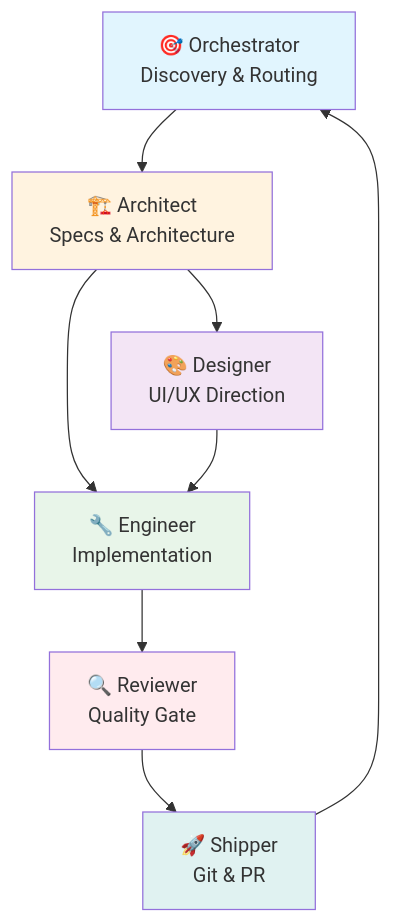
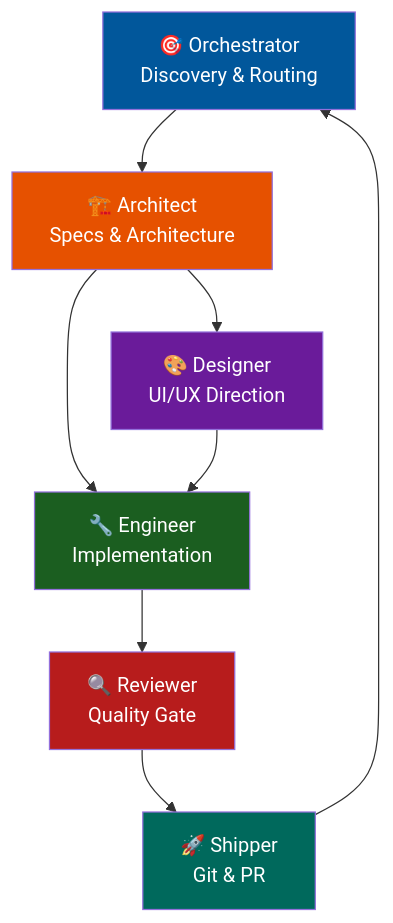
One commit to leorsousa05/CrewLoop changed the diagram in README.md. Above: the diagram before and after it, drawn with Mermaid. The commit also changed 1 other file, not shown here.

Commit message:
docs: fix Mermaid diagram contrast with dark fill colors
Replace light pastel backgrounds with dark, saturated colors
and white text for better contrast and readability on GitHub's
light and dark themes.

````diff
--- a/README.md
+++ b/README.md
@@ -189,17 +189,17 @@
 ```mermaid
 flowchart TD
     O["🎯 Orchestrator<br>Discovery & Routing"] --> A["🏗️ Architect<br>Specs & Architecture"]
     A --> D["🎨 Designer<br>UI/UX Direction"]
     A --> E["🔧 Engineer<br>Implementation"]
     D --> E
     E --> R["🔍 Reviewer<br>Quality Gate"]
     R --> S["🚀 Shipper<br>Git & PR"]
     S --> O
 
-    style O fill:#e1f5fe
-    style A fill:#fff3e0
-    style D fill:#f3e5f5
-    style E fill:#e8f5e9
-    style R fill:#ffebee
-    style S fill:#e0f2f1
+    style O fill:#01579b,color:#fff
+    style A fill:#e65100,color:#fff
+    style D fill:#6a1b9a,color:#fff
+    style E fill:#1b5e20,color:#fff
+    style R fill:#b71c1c,color:#fff
+    style S fill:#00695c,color:#fff
 ```
````
